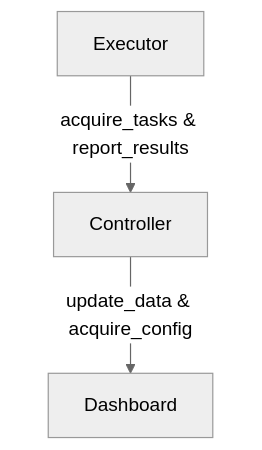
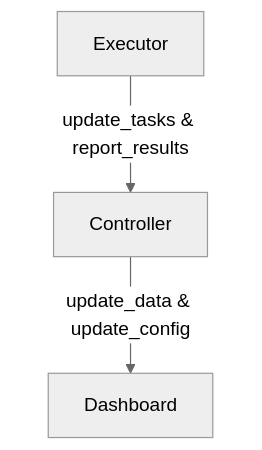
The diagram in README.md (bovi/nof), drawn with Mermaid (neutral theme) before and after one commit. The commit also changed 2 other files, not shown here.

Commit message:
feat: persist tasks on controller

````diff
--- a/README.md
+++ b/README.md
@@ -3,9 +3,9 @@
 ```mermaid
 graph TD;
   Controller["Controller"];
     Dashboard["Dashboard"];
     Executor["Executor"];
 
-    Controller -->|update_data & acquire_config| Dashboard;
-    Executor -->|acquire_tasks & report_results| Controller;
+    Controller -->|update_data & update_config| Dashboard;
+    Executor -->|update_tasks & report_results| Controller;
 ```
````
